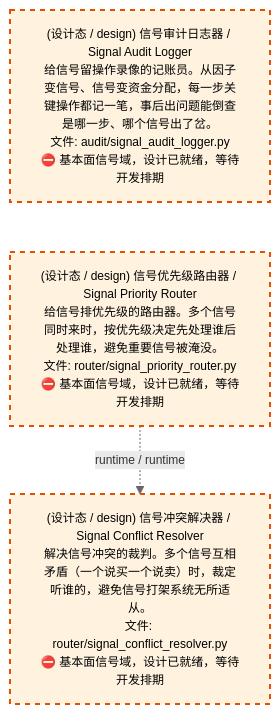
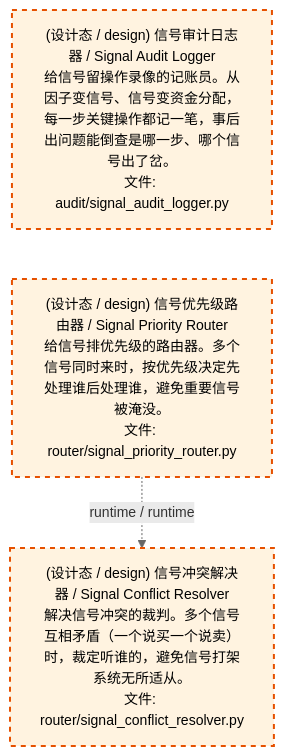
Before and after one commit to xuanFelixVan/ZephyrAlpha: the third of 4 diagrams in docs/02_enterprise_architecture/02_domain_architecture_docs/48_d_fundamental_signal.md, drawn with Mermaid. The commit also changed other lines of this file and 61 other files, not shown here.

````diff
--- a/docs/02_enterprise_architecture/02_domain_architecture_docs/48_d_fundamental_signal.md
+++ b/docs/02_enterprise_architecture/02_domain_architecture_docs/48_d_fundamental_signal.md
@@ -160,14 +160,14 @@
 ```mermaid
-%%{init: {'theme': 'base', 'themeVariables': {'primaryColor': '#eaeaea', 'primaryTextColor': '#333333', 'primaryBorderColor': '#666666', 'lineColor': '#666666', 'secondaryColor': '#eaeaea', 'tertiaryColor': '#eaeaea', 'fontSize': '12px'}}}%%
+%%{init: {'theme': 'base', 'themeVariables': {'primaryColor': '#eaeaea', 'primaryTextColor': '#333333', 'primaryBorderColor': '#666666', 'lineColor': '#666666', 'secondaryColor': '#eaeaea', 'tertiaryColor': '#eaeaea', 'fontSize': '14px'}}}%%
 flowchart TD
-    src_zephyr_signal_fundamental_audit_signal_audit_logger_py["(设计态 / design) 信号审计日志器 / Signal Audit Logger<br/>给信号留操作录像的记账员。从因子变信号、信号变资金分配，每一步关键操作都记一笔，事后出问题能倒查是哪一步、哪个信号出了岔。<br/>文件: audit/signal_audit_logger.py<br/>⛔ 基本面信号域，设计已就绪，等待开发排期"]
-    src_zephyr_signal_fundamental_router_signal_priority_router_py["(设计态 / design) 信号优先级路由器 / Signal Priority Router<br/>给信号排优先级的路由器。多个信号同时来时，按优先级决定先处理谁后处理谁，避免重要信号被淹没。<br/>文件: router/signal_priority_router.py<br/>⛔ 基本面信号域，设计已就绪，等待开发排期"]
+    src_zephyr_signal_fundamental_audit_signal_audit_logger_py["(设计态 / design) 信号审计日志器 / Signal Audit Logger<br/>给信号留操作录像的记账员。从因子变信号、信号变资金分配，每一步关键操作都记一笔，事后出问题能倒查是哪一步、哪个信号出了岔。<br/>文件: audit/signal_audit_logger.py"]
+    src_zephyr_signal_fundamental_router_signal_priority_router_py["(设计态 / design) 信号优先级路由器 / Signal Priority Router<br/>给信号排优先级的路由器。多个信号同时来时，按优先级决定先处理谁后处理谁，避免重要信号被淹没。<br/>文件: router/signal_priority_router.py"]
     src_zephyr_signal_fundamental_audit_signal_audit_logger_py ~~~ src_zephyr_signal_fundamental_router_signal_priority_router_py
-    src_zephyr_signal_fundamental_router_signal_conflict_resolver_py["(设计态 / design) 信号冲突解决器 / Signal Conflict Resolver<br/>解决信号冲突的裁判。多个信号互相矛盾（一个说买一个说卖）时，裁定听谁的，避免信号打架系统无所适从。<br/>文件: router/signal_conflict_resolver.py<br/>⛔ 基本面信号域，设计已就绪，等待开发排期"]
+    src_zephyr_signal_fundamental_router_signal_conflict_resolver_py["(设计态 / design) 信号冲突解决器 / Signal Conflict Resolver<br/>解决信号冲突的裁判。多个信号互相矛盾（一个说买一个说卖）时，裁定听谁的，避免信号打架系统无所适从。<br/>文件: router/signal_conflict_resolver.py"]
     src_zephyr_signal_fundamental_router_signal_priority_router_py -.->|runtime / runtime| src_zephyr_signal_fundamental_router_signal_conflict_resolver_py
     classDef production fill:#e1f5fe,stroke:#01579b,stroke-width:2px,color:#000
     classDef design fill:#fff3e0,stroke:#e65100,stroke-width:2px,color:#000,stroke-dasharray: 5 5
     classDef external_prod fill:#e8f4fd,stroke:#0277bd,stroke-width:1px,color:#000
     classDef external_design fill:#fff8e7,stroke:#ef6c00,stroke-width:1px,color:#000,stroke-dasharray: 5 5
     class src_zephyr_signal_fundamental_audit_signal_audit_logger_py,src_zephyr_signal_fundamental_router_signal_conflict_resolver_py,src_zephyr_signal_fundamental_router_signal_priority_router_py design
 ```
````
